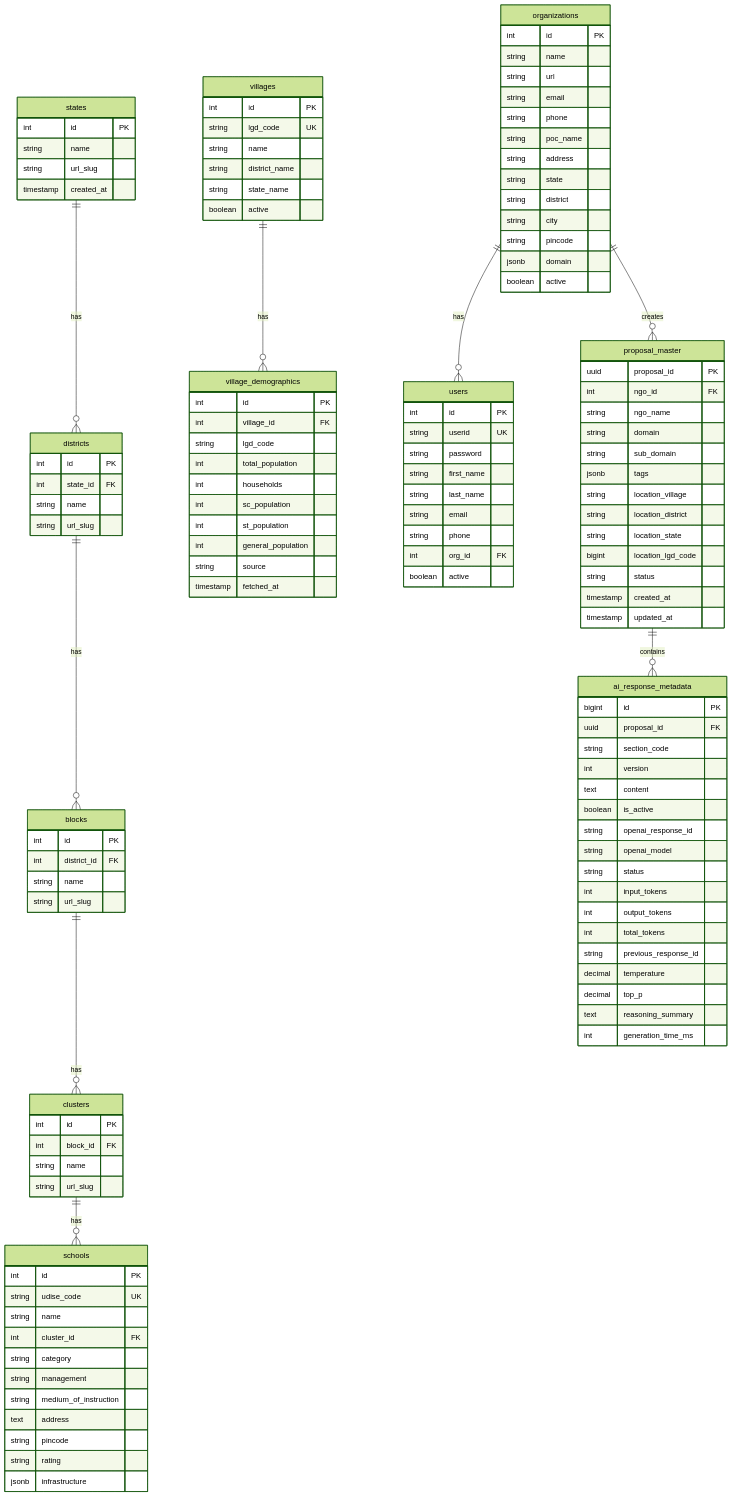
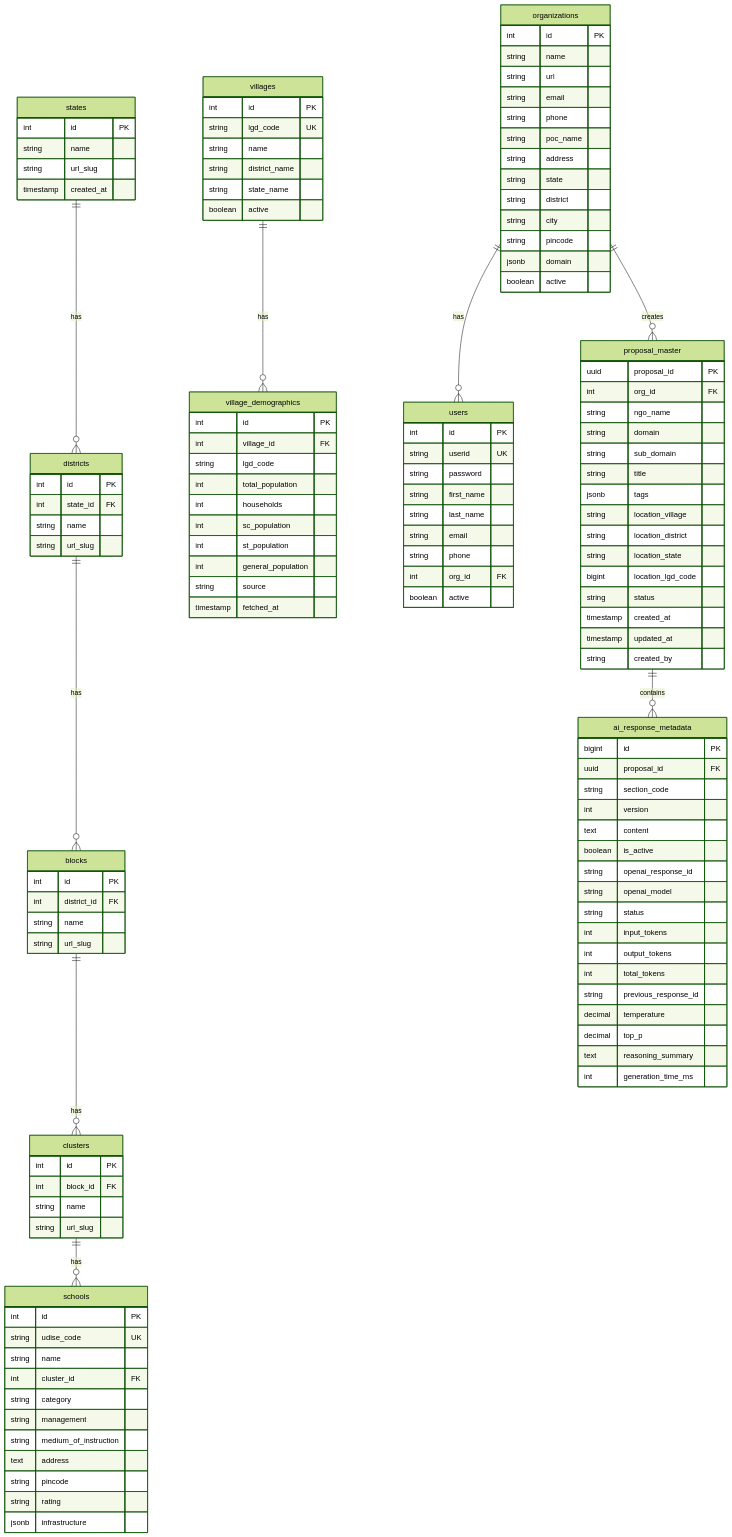
One commit to Prakalpa-Proposal/prakalpa_proposal_database changed the diagram in README.md. Above: the diagram before and after it, drawn with Mermaid (forest theme). The commit also changed other lines of this file, not shown here.

Commit message:
docs: synchronize database documentation with ownership fields

```diff
--- a/README.md
+++ b/README.md
@@ -159,10 +159,11 @@
     proposal_master ||--o{ ai_response_metadata : "contains"
     proposal_master {
         uuid proposal_id PK
-        int ngo_id FK
+        int org_id FK
         string ngo_name
         string domain
         string sub_domain
+        string title
         jsonb tags
         string location_village
         string location_district
@@ -171,6 +172,7 @@
         string status
         timestamp created_at
         timestamp updated_at
+        string created_by
     }
 
     ai_response_metadata {
```
